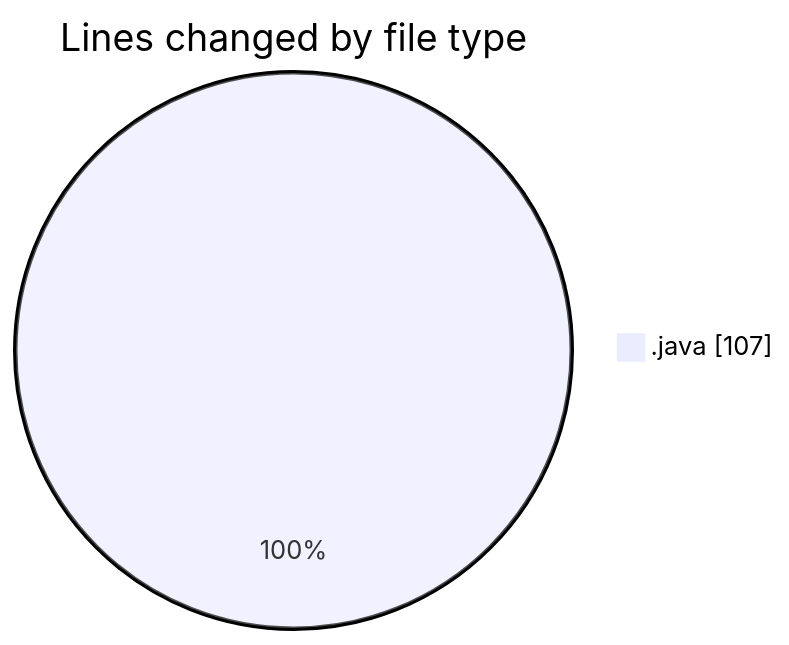
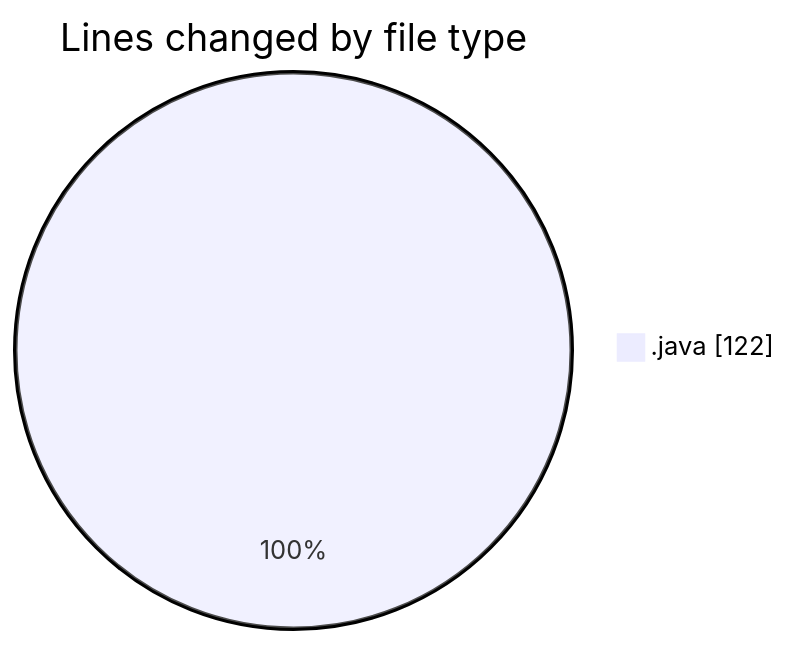
One commit to NitaiMahat/code-tracking changed the first of 2 diagrams in 2025-02-20/coding_prac_6/README.md. Above: the diagram before and after it, drawn with Mermaid. The commit also changed other lines of this file and 1 other file, not shown here.

````diff
--- a/2025-02-20/coding_prac_6/README.md
+++ b/2025-02-20/coding_prac_6/README.md
@@ -24,5 +24,5 @@
 ```mermaid
 pie showData
 title Lines changed by file type
-".java" : 107
+".java" : 122
 ```
````
